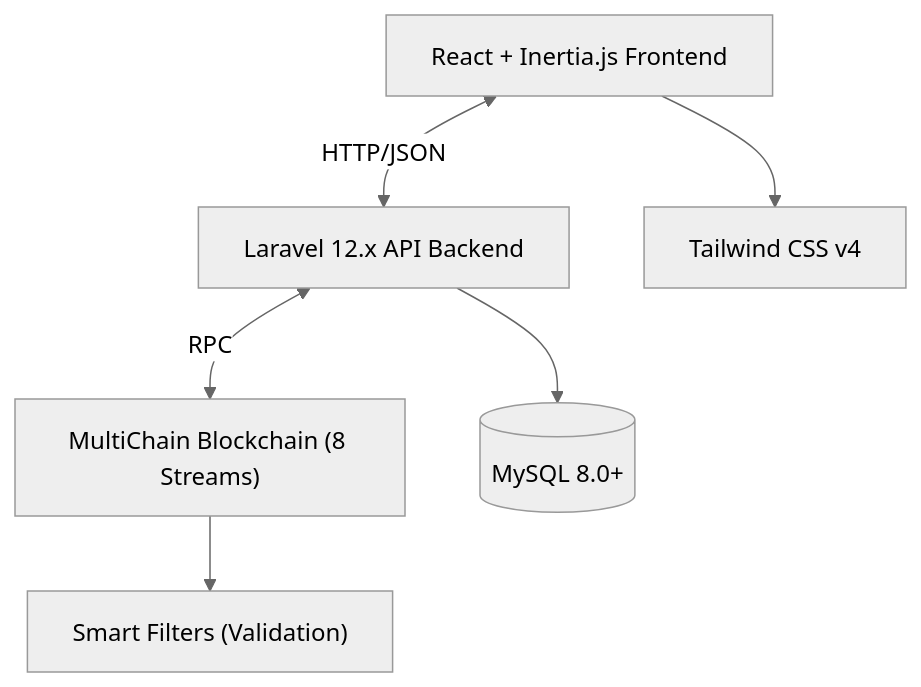
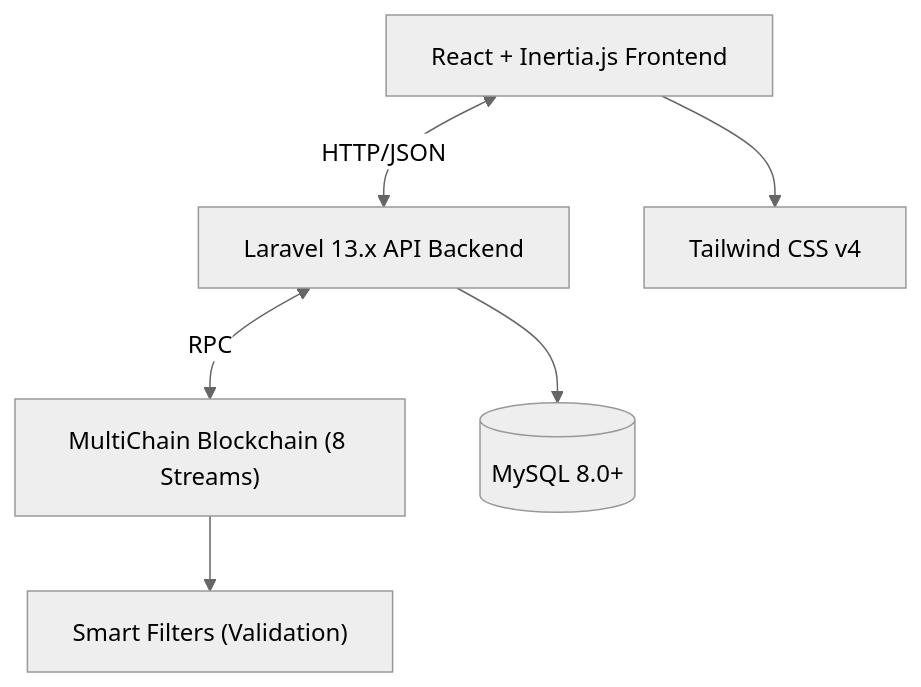
The diagram in README.md (leodyversemilla07/procuchain), drawn with Mermaid (neutral theme) before and after one commit. The commit also changed other lines of this file and 6 other files, not shown here.

````diff
--- a/README.md
+++ b/README.md
@@ -189,17 +189,17 @@
 ```mermaid
 graph TD
     Client["React + Inertia.js Frontend"]
-    Server["Laravel 12.x API Backend"]
+    Server["Laravel 13.x API Backend"]
     Chain["MultiChain Blockchain (8 Streams)"]
 
     Styles["Tailwind CSS v4"]
     DB[("MySQL 8.0+")]
     Filters["Smart Filters (Validation)"]
 
     Client <-->|HTTP/JSON| Server
     Server <-->|RPC| Chain
 
     Client --> Styles
     Server --> DB
     Chain --> Filters
 ```
````
